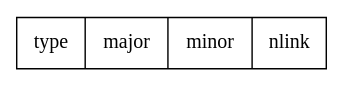
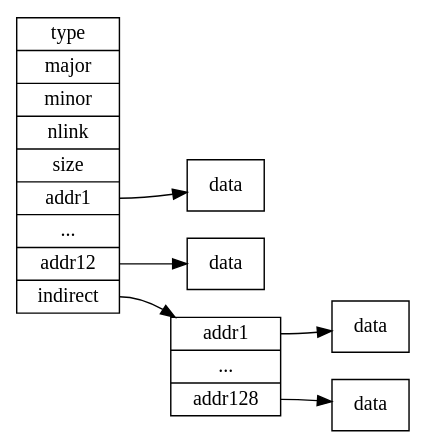
One commit to Jeanhwea/xv6-course changed the diagram in 62-buffer-log.org. Above: the diagram before and after it, drawn with Graphviz. The commit also changed 1 other file, not shown here.

```diff
--- a/62-buffer-log.org
+++ b/62-buffer-log.org
@@ -11,8 +11,38 @@
 #+BEGIN_SRC dot :exports results :file ./img/dinode.png
   digraph {
+    graph [
+      rankdir = "LR"
+    ];
     dinode [
-      label = "<f0> type | <f1> major | <f2> minor | <f3> nlink"
+      label = "type | major | minor | nlink | size | <f0> addr1 | ... | <f1> addr12 | <f2> indirect"
+      shape = "record"
+    ];
+    dinode:f0 -> data01;
+    data01 [
+      label = "data"
+      shape = "record"
+    ];
+    dinode:f1 -> data12;
+    data12 [
+      label = "data"
+      shape = "record"
+    ];
+
+    dinode:f2 -> indrnode;
+    indrnode [
+      label = "<f1> addr1 | ... | <f2> addr128"
+      shape = "record"
+    ];
+
+    indrnode:f1 -> idata01;
+    idata01 [
+      label = "data"
+      shape = "record"
+    ];
+    indrnode:f2 -> idata128;
+    idata128 [
+      label = "data"
       shape = "record"
     ];
   }
 #+END_SRC
```
